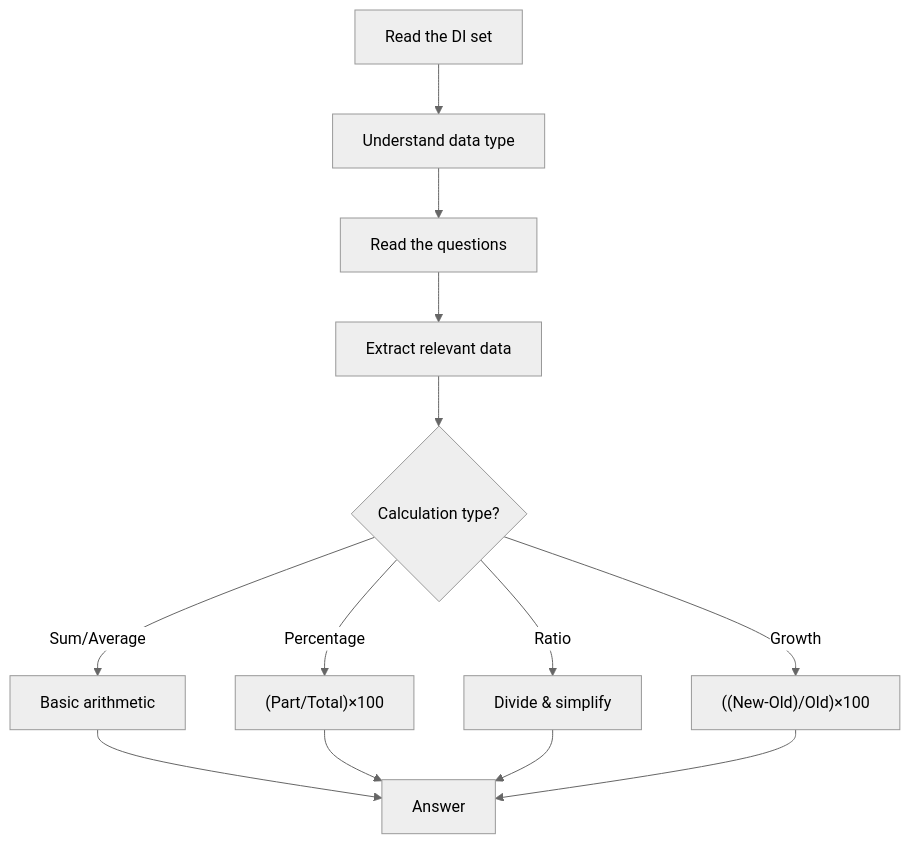
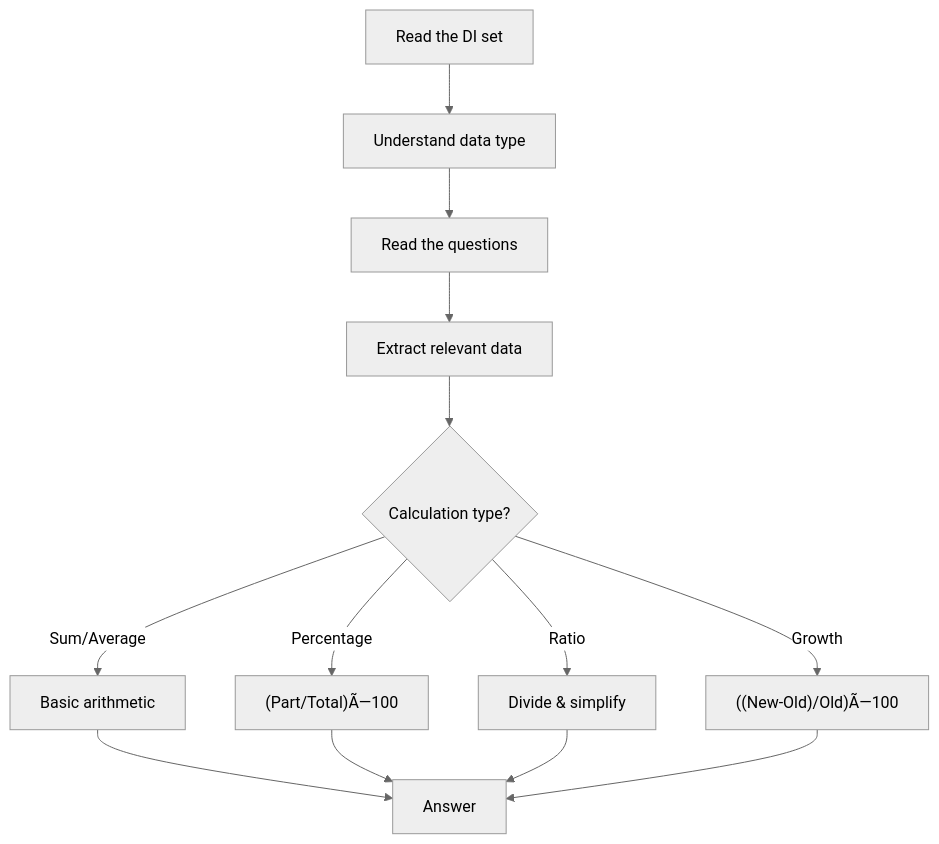
One commit to Raushan666java/ai-engineering-journey changed the third of 7 diagrams in docs/courses/quantitative-aptitude/03-data-interpretation.md. Above: the diagram before and after it, drawn with Mermaid (neutral theme). The commit also changed other lines of this file and 735 other files, not shown here.

````diff
--- a/docs/courses/quantitative-aptitude/03-data-interpretation.md
+++ b/docs/courses/quantitative-aptitude/03-data-interpretation.md
@@ -508,15 +508,15 @@
 ```mermaid
 flowchart TD
     A["Read the DI set"] --> B["Understand data type"]
     B --> C["Read the questions"]
     C --> D["Extract relevant data"]
     D --> E{"Calculation type?"}
     E -->|"Sum/Average"| F["Basic arithmetic"]
-    E -->|"Percentage"| G["(Part/Total)×100"]
+    E -->|"Percentage"| G["(Part/Total)Ã—100"]
     E -->|"Ratio"| H["Divide & simplify"]
-    E -->|"Growth"| I["((New-Old)/Old)×100"]
+    E -->|"Growth"| I["((New-Old)/Old)Ã—100"]
     F --> J["Answer"]
     G --> J
     H --> J
     I --> J
 ```
````
